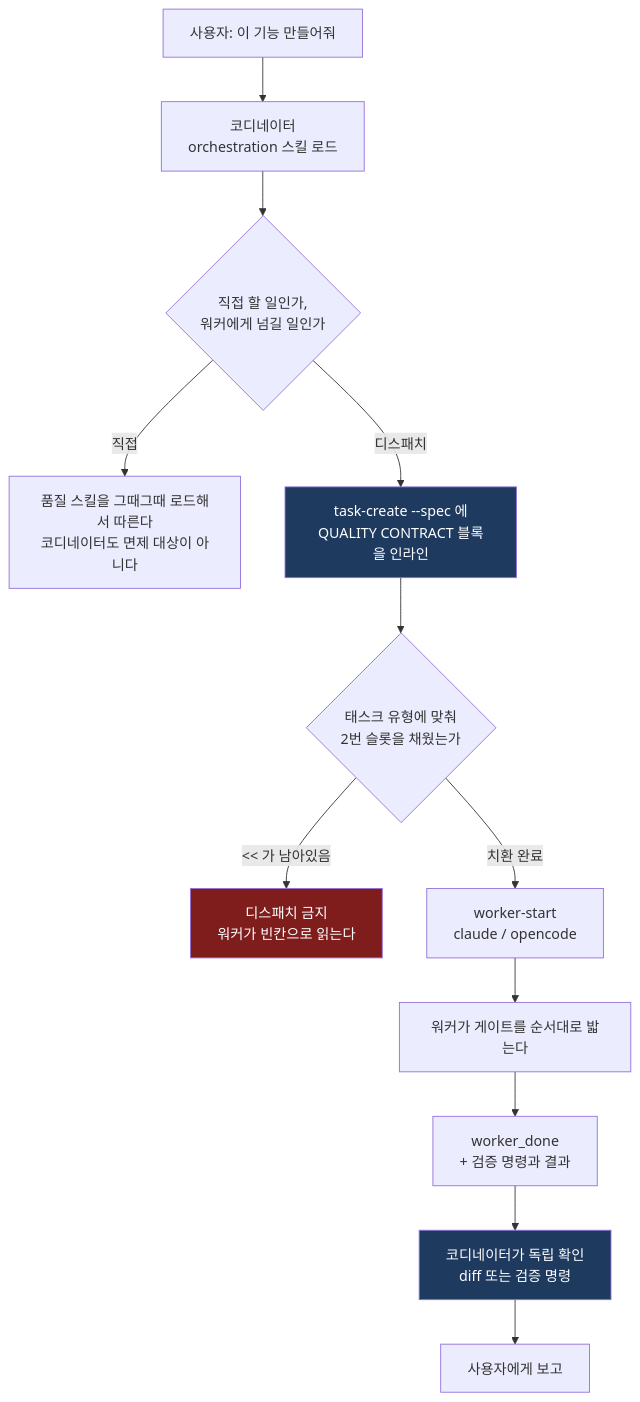
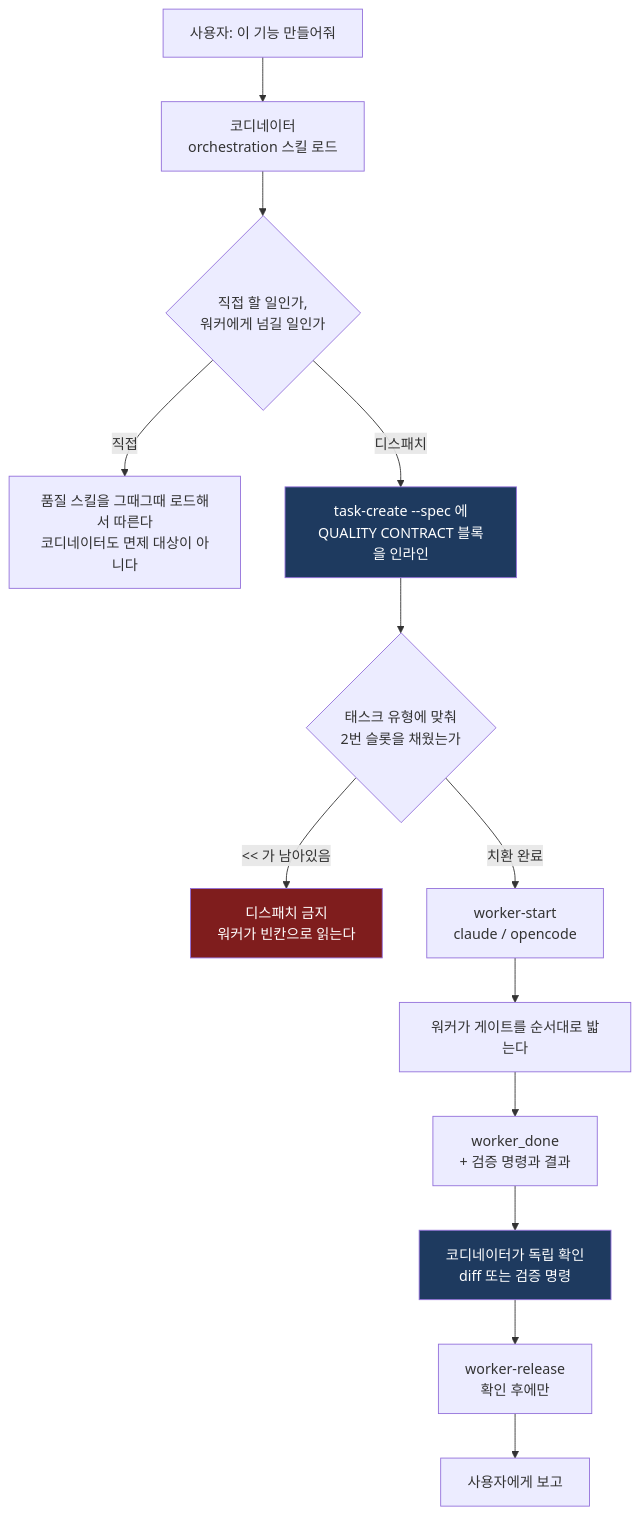
One commit to treeman99/skills changed the first of 4 diagrams in docs/how-it-works.md. Above: the diagram before and after it, drawn with Mermaid. The commit also changed other lines of this file and 3 other files, not shown here.

````diff
--- a/docs/how-it-works.md
+++ b/docs/how-it-works.md
@@ -7,21 +7,22 @@
 ```mermaid
 flowchart TD
     U["사용자: 이 기능 만들어줘"] --> C["코디네이터<br/>orchestration 스킬 로드"]
     C --> D{"직접 할 일인가,<br/>워커에게 넘길 일인가"}
 
     D -->|직접| S1["품질 스킬을 그때그때 로드해서 따른다<br/>코디네이터도 면제 대상이 아니다"]
     D -->|디스패치| S2["task-create --spec 에<br/>QUALITY CONTRACT 블록을 인라인"]
 
     S2 --> T{"태스크 유형에 맞춰<br/>2번 슬롯을 채웠는가"}
     T -->|"&lt;&lt; 가 남아있음"| X["디스패치 금지<br/>워커가 빈칸으로 읽는다"]
     T -->|치환 완료| W["worker-start<br/>claude / opencode"]
 
     W --> G["워커가 게이트를 순서대로 밟는다"]
     G --> R["worker_done<br/>+ 검증 명령과 결과"]
     R --> V["코디네이터가 독립 확인<br/>diff 또는 검증 명령"]
-    V --> U2["사용자에게 보고"]
+    V --> RL["worker-release<br/>확인 후에만"]
+    RL --> U2["사용자에게 보고"]
 
     style X fill:#7f1d1d,color:#fff
     style S2 fill:#1e3a5f,color:#fff
     style V fill:#1e3a5f,color:#fff
 ```
````
